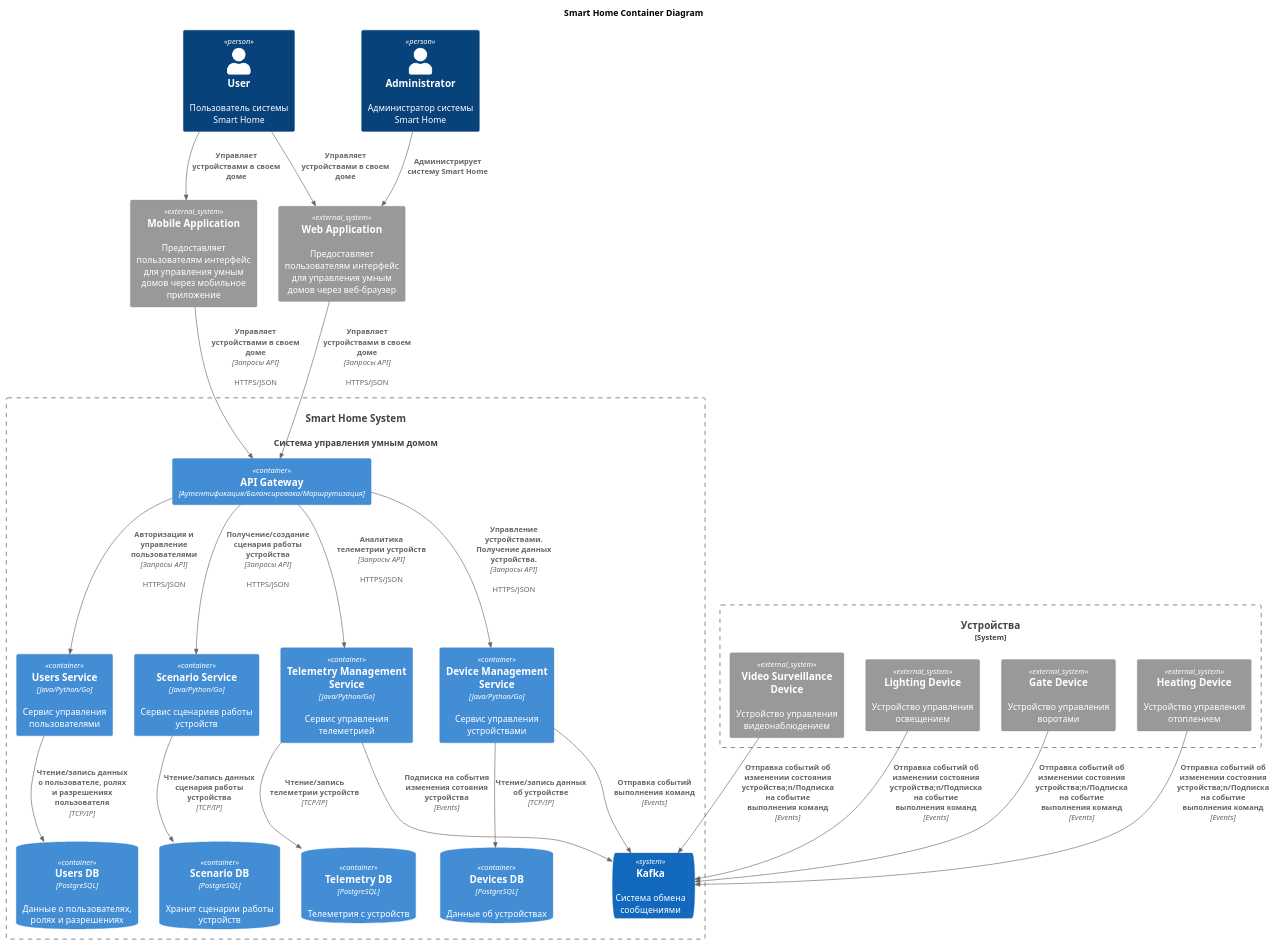
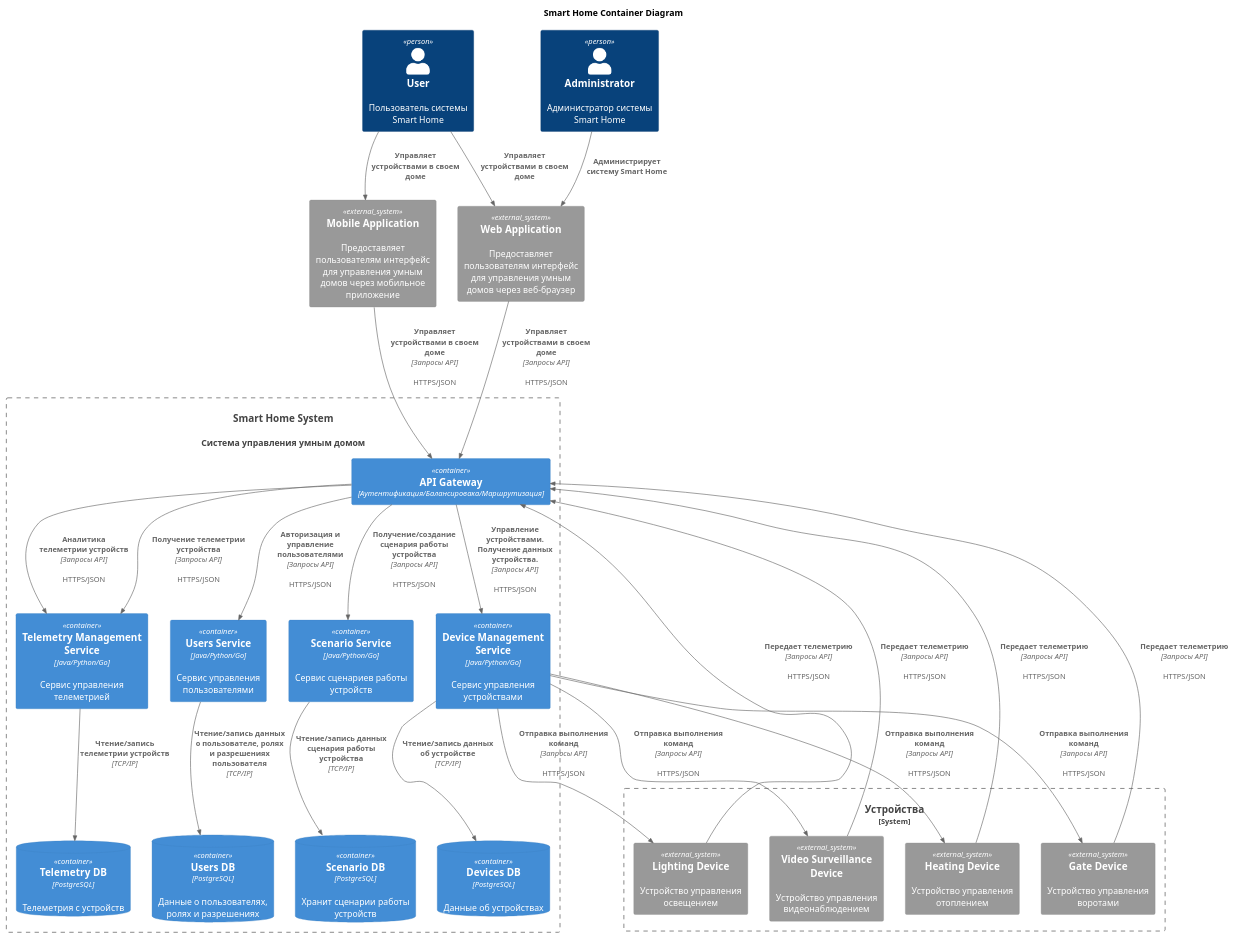
Before and after one commit to wiky-avis/architecture-sprint-3: the diagram in docs/diagrams/to_be/container/Container.puml, drawn with PlantUML. The commit also changed 8 other files, not shown here.

```diff
--- a/docs/diagrams/to_be/container/Container.puml
+++ b/docs/diagrams/to_be/container/Container.puml
@@ -1,56 +1,58 @@
 @startuml
 title Smart Home Container Diagram
 
 top to bottom direction
 
 !includeurl https://raw.githubusercontent.com/RicardoNiepel/C4-PlantUML/master/C4_Component.puml
 
 Person(user, "User", "Пользователь системы Smart Home")
 Person(admin, "Administrator", "Администратор системы Smart Home")
 System(SmartHomeSystem, "Smart Home System", "Система управления умным домом")
 
 System_Ext(WebApp, "Web Application", "Предоставляет пользователям интерфейс для управления умным домов через веб-браузер")
 System_Ext(MobileApp, "Mobile Application", "Предоставляет пользователям интерфейс для управления умным домов через мобильное приложение")
 
 Container_Boundary(SmartHomeSystem, "Smart Home System") {
   Container(ApiGateway, "API Gateway", "Аутентификация/Балансировака/Маршрутизация")
   Container(TelemetryManagementService, "Telemetry Management Service", "Java/Python/Go", "Сервис управления телеметрией")
   ContainerDb(TelemetryDatabase, "Telemetry DB", "PostgreSQL", "Телеметрия с устройств")
   Container(DeviceManagementService, "Device Management Service", "Java/Python/Go", "Сервис управления устройствами")
   ContainerDb(DevicesDatabase, "Devices DB", "PostgreSQL", "Данные об устройствах")
   Container(UsersService, "Users Service", "Java/Python/Go", "Сервис управления пользователями")
   ContainerDb(UsersDatabase, "Users DB", "PostgreSQL", "Данные о пользователях, ролях и разрешениях")
   Container(ScenarioService, "Scenario Service", "Java/Python/Go", "Сервис сценариев работы устройств")
   ContainerDb(ScenarioDatabase, "Scenario DB", "PostgreSQL", "Хранит сценарии работы устройств")
-  SystemQueue(kafka, "Kafka", "Система обмена сообщениями")
 }
 
 System_Boundary(devices, "Устройства") {
     System_Ext(HeatingDevice, "Heating Device", "Устройство управления отоплением")
     System_Ext(VideoSurveillanceDevice, "Video Surveillance Device", "Устройство управления видеонаблюдением")
     System_Ext(LightingDevice, "Lighting Device", "Устройство управления освещением")
     System_Ext(GateDevice, "Gate Device", "Устройство управления воротами")
 }
 
 Rel(user, WebApp, "Управляет устройствами в своем доме")
 Rel(user, MobileApp, "Управляет устройствами в своем доме")
 Rel(admin, WebApp,"Администрирует систему Smart Home")
 Rel(WebApp, ApiGateway,"Управляет устройствами в своем доме", "Запросы API", "HTTPS/JSON")
 Rel(MobileApp, ApiGateway,"Управляет устройствами в своем доме", "Запросы API", "HTTPS/JSON")
 Rel(TelemetryManagementService, TelemetryDatabase,"Чтение/запись телеметрии устройств", "TCP/IP")
 Rel(DeviceManagementService, DevicesDatabase,"Чтение/запись данных об устройстве", "TCP/IP")
 Rel(UsersService, UsersDatabase,"Чтение/запись данных о пользователе, ролях и разрешениях пользователя", "TCP/IP")
 Rel(ScenarioService, ScenarioDatabase,"Чтение/запись данных сценария работы устройства", "TCP/IP")
 
 Rel(ApiGateway,DeviceManagementService, "Управление устройствами. Получение данных устройства.", "Запросы API", "HTTPS/JSON")
 Rel(ApiGateway,UsersService, "Авторизация и управление пользователями", "Запросы API", "HTTPS/JSON")
-Rel(HeatingDevice,kafka, "Отправка событий об изменении состояния устройства;n/Подписка на событие выполнения команд", "Events")
-Rel(VideoSurveillanceDevice,kafka, "Отправка событий об изменении состояния устройства;n/Подписка на событие выполнения команд", "Events")
-Rel(LightingDevice,kafka, "Отправка событий об изменении состояния устройства;n/Подписка на событие выполнения команд", "Events")
-Rel(GateDevice,kafka, "Отправка событий об изменении состояния устройства;n/Подписка на событие выполнения команд", "Events")
-Rel(DeviceManagementService,kafka, "Отправка событий выполнения команд", "Events")
-Rel(TelemetryManagementService,kafka, "Подписка на события изменения сотояния устройства", "Events")
+Rel(HeatingDevice,ApiGateway, "Передает телеметрию", "Запросы API", "HTTPS/JSON")
+Rel(VideoSurveillanceDevice,ApiGateway, "Передает телеметрию", "Запросы API", "HTTPS/JSON")
+Rel(LightingDevice,ApiGateway, "Передает телеметрию", "Запросы API", "HTTPS/JSON")
+Rel(GateDevice,ApiGateway, "Передает телеметрию", "Запросы API", "HTTPS/JSON")
+Rel(DeviceManagementService,HeatingDevice, "Отправка выполнения команд", "Запросы API", "HTTPS/JSON")
+Rel(DeviceManagementService,VideoSurveillanceDevice, "Отправка выполнения команд", "Запросы API", "HTTPS/JSON")
+Rel(DeviceManagementService,LightingDevice, "Отправка выполнения команд", "Запросы API", "HTTPS/JSON")
+Rel(DeviceManagementService,GateDevice, "Отправка выполнения команд", "Запросы API", "HTTPS/JSON")
 Rel(ApiGateway,ScenarioService, "Получение/создание сценария работы устройства", "Запросы API", "HTTPS/JSON")
 Rel(ApiGateway,TelemetryManagementService, "Аналитика телеметрии устройств", "Запросы API", "HTTPS/JSON")
+Rel(ApiGateway,TelemetryManagementService, "Получение телеметрии устройства", "Запросы API", "HTTPS/JSON")
 
 @enduml
```
